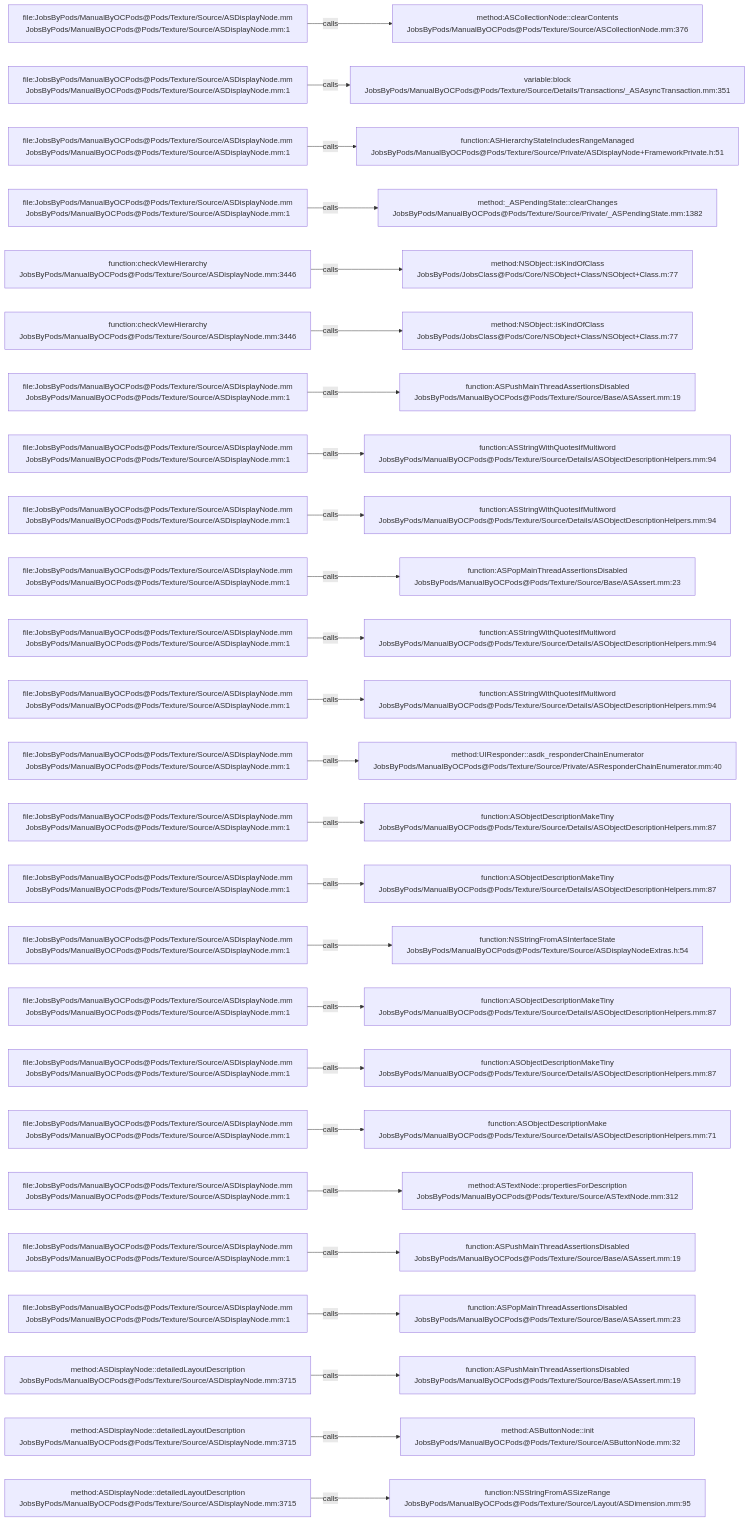
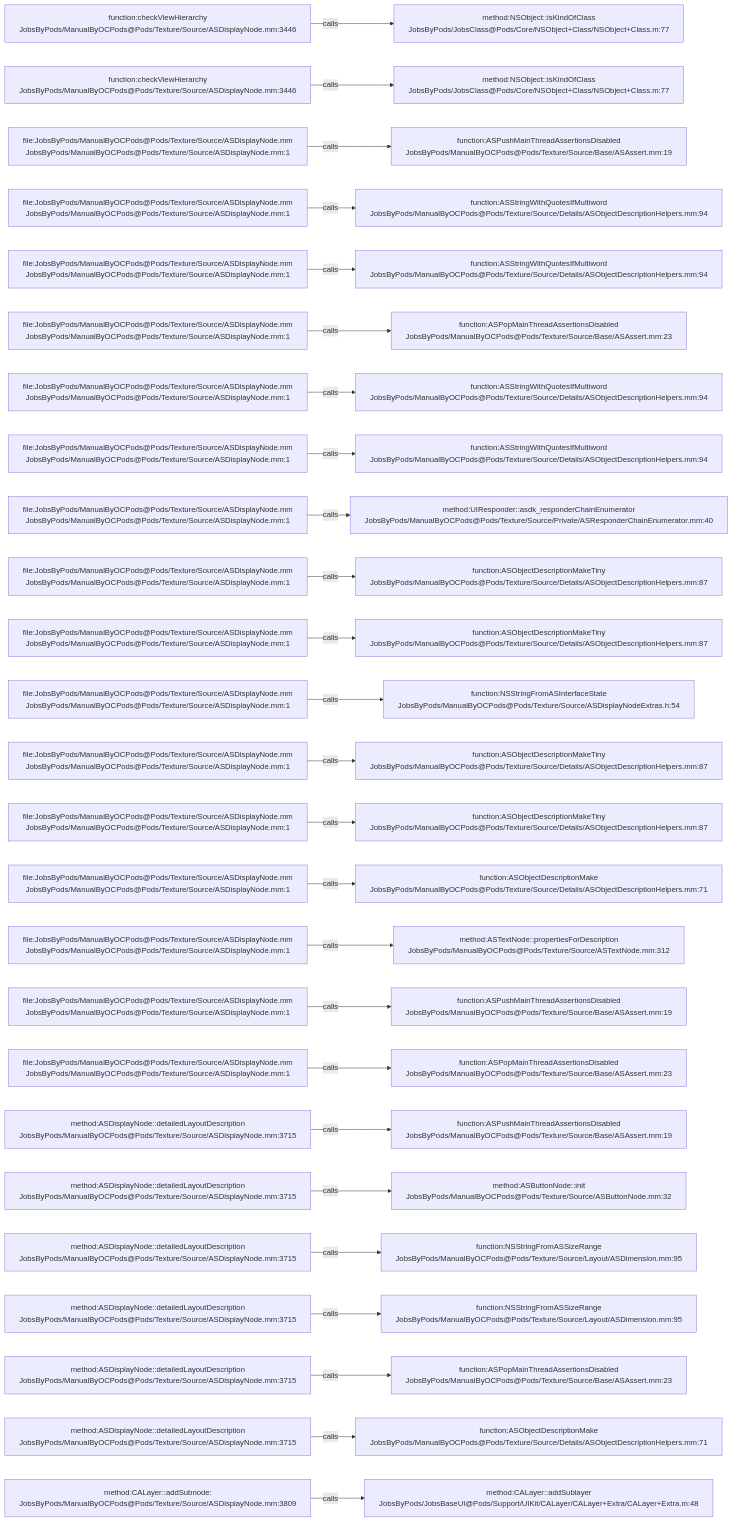
Before and after one commit to JobsKits/JobsOCBaseConfigDemo: the diagram in .codegraph/codegraph.md/graphs/calls-102.md, drawn with Mermaid. The commit also changed 727 other files, not shown here.

````diff
--- a/.codegraph/codegraph.md/graphs/calls-102.md
+++ b/.codegraph/codegraph.md/graphs/calls-102.md
@@ -13,78 +13,78 @@
 ```mermaid
 flowchart LR
-  S1["file:JobsByPods/ManualByOCPods@Pods/Texture/Source/ASDisplayNode.mm<br/>JobsByPods/ManualByOCPods@Pods/Texture/Source/ASDisplayNode.mm:1"]
-  T1["method:ASCollectionNode::clearContents<br/>JobsByPods/ManualByOCPods@Pods/Texture/Source/ASCollectionNode.mm:376"]
+  S1["function:checkViewHierarchy<br/>JobsByPods/ManualByOCPods@Pods/Texture/Source/ASDisplayNode.mm:3446"]
+  T1["method:NSObject::isKindOfClass<br/>JobsByPods/JobsClass@Pods/Core/NSObject+Class/NSObject+Class.m:77"]
   S1 -->|calls| T1
-  S2["file:JobsByPods/ManualByOCPods@Pods/Texture/Source/ASDisplayNode.mm<br/>JobsByPods/ManualByOCPods@Pods/Texture/Source/ASDisplayNode.mm:1"]
-  T2["variable:block<br/>JobsByPods/ManualByOCPods@Pods/Texture/Source/Details/Transactions/_ASAsyncTransaction.mm:351"]
+  S2["function:checkViewHierarchy<br/>JobsByPods/ManualByOCPods@Pods/Texture/Source/ASDisplayNode.mm:3446"]
+  T2["method:NSObject::isKindOfClass<br/>JobsByPods/JobsClass@Pods/Core/NSObject+Class/NSObject+Class.m:77"]
   S2 -->|calls| T2
   S3["file:JobsByPods/ManualByOCPods@Pods/Texture/Source/ASDisplayNode.mm<br/>JobsByPods/ManualByOCPods@Pods/Texture/Source/ASDisplayNode.mm:1"]
-  T3["function:ASHierarchyStateIncludesRangeManaged<br/>JobsByPods/ManualByOCPods@Pods/Texture/Source/Private/ASDisplayNode+FrameworkPrivate.h:51"]
+  T3["function:ASPushMainThreadAssertionsDisabled<br/>JobsByPods/ManualByOCPods@Pods/Texture/Source/Base/ASAssert.mm:19"]
   S3 -->|calls| T3
   S4["file:JobsByPods/ManualByOCPods@Pods/Texture/Source/ASDisplayNode.mm<br/>JobsByPods/ManualByOCPods@Pods/Texture/Source/ASDisplayNode.mm:1"]
-  T4["method:_ASPendingState::clearChanges<br/>JobsByPods/ManualByOCPods@Pods/Texture/Source/Private/_ASPendingState.mm:1382"]
+  T4["function:ASStringWithQuotesIfMultiword<br/>JobsByPods/ManualByOCPods@Pods/Texture/Source/Details/ASObjectDescriptionHelpers.mm:94"]
   S4 -->|calls| T4
-  S5["function:checkViewHierarchy<br/>JobsByPods/ManualByOCPods@Pods/Texture/Source/ASDisplayNode.mm:3446"]
-  T5["method:NSObject::isKindOfClass<br/>JobsByPods/JobsClass@Pods/Core/NSObject+Class/NSObject+Class.m:77"]
+  S5["file:JobsByPods/ManualByOCPods@Pods/Texture/Source/ASDisplayNode.mm<br/>JobsByPods/ManualByOCPods@Pods/Texture/Source/ASDisplayNode.mm:1"]
+  T5["function:ASStringWithQuotesIfMultiword<br/>JobsByPods/ManualByOCPods@Pods/Texture/Source/Details/ASObjectDescriptionHelpers.mm:94"]
   S5 -->|calls| T5
-  S6["function:checkViewHierarchy<br/>JobsByPods/ManualByOCPods@Pods/Texture/Source/ASDisplayNode.mm:3446"]
-  T6["method:NSObject::isKindOfClass<br/>JobsByPods/JobsClass@Pods/Core/NSObject+Class/NSObject+Class.m:77"]
+  S6["file:JobsByPods/ManualByOCPods@Pods/Texture/Source/ASDisplayNode.mm<br/>JobsByPods/ManualByOCPods@Pods/Texture/Source/ASDisplayNode.mm:1"]
+  T6["function:ASPopMainThreadAssertionsDisabled<br/>JobsByPods/ManualByOCPods@Pods/Texture/Source/Base/ASAssert.mm:23"]
   S6 -->|calls| T6
   S7["file:JobsByPods/ManualByOCPods@Pods/Texture/Source/ASDisplayNode.mm<br/>JobsByPods/ManualByOCPods@Pods/Texture/Source/ASDisplayNode.mm:1"]
-  T7["function:ASPushMainThreadAssertionsDisabled<br/>JobsByPods/ManualByOCPods@Pods/Texture/Source/Base/ASAssert.mm:19"]
+  T7["function:ASStringWithQuotesIfMultiword<br/>JobsByPods/ManualByOCPods@Pods/Texture/Source/Details/ASObjectDescriptionHelpers.mm:94"]
   S7 -->|calls| T7
   S8["file:JobsByPods/ManualByOCPods@Pods/Texture/Source/ASDisplayNode.mm<br/>JobsByPods/ManualByOCPods@Pods/Texture/Source/ASDisplayNode.mm:1"]
   T8["function:ASStringWithQuotesIfMultiword<br/>JobsByPods/ManualByOCPods@Pods/Texture/Source/Details/ASObjectDescriptionHelpers.mm:94"]
   S8 -->|calls| T8
   S9["file:JobsByPods/ManualByOCPods@Pods/Texture/Source/ASDisplayNode.mm<br/>JobsByPods/ManualByOCPods@Pods/Texture/Source/ASDisplayNode.mm:1"]
-  T9["function:ASStringWithQuotesIfMultiword<br/>JobsByPods/ManualByOCPods@Pods/Texture/Source/Details/ASObjectDescriptionHelpers.mm:94"]
+  T9["method:UIResponder::asdk_responderChainEnumerator<br/>JobsByPods/ManualByOCPods@Pods/Texture/Source/Private/ASResponderChainEnumerator.mm:40"]
   S9 -->|calls| T9
   S10["file:JobsByPods/ManualByOCPods@Pods/Texture/Source/ASDisplayNode.mm<br/>JobsByPods/ManualByOCPods@Pods/Texture/Source/ASDisplayNode.mm:1"]
-  T10["function:ASPopMainThreadAssertionsDisabled<br/>JobsByPods/ManualByOCPods@Pods/Texture/Source/Base/ASAssert.mm:23"]
+  T10["function:ASObjectDescriptionMakeTiny<br/>JobsByPods/ManualByOCPods@Pods/Texture/Source/Details/ASObjectDescriptionHelpers.mm:87"]
   S10 -->|calls| T10
   S11["file:JobsByPods/ManualByOCPods@Pods/Texture/Source/ASDisplayNode.mm<br/>JobsByPods/ManualByOCPods@Pods/Texture/Source/ASDisplayNode.mm:1"]
-  T11["function:ASStringWithQuotesIfMultiword<br/>JobsByPods/ManualByOCPods@Pods/Texture/Source/Details/ASObjectDescriptionHelpers.mm:94"]
+  T11["function:ASObjectDescriptionMakeTiny<br/>JobsByPods/ManualByOCPods@Pods/Texture/Source/Details/ASObjectDescriptionHelpers.mm:87"]
   S11 -->|calls| T11
   S12["file:JobsByPods/ManualByOCPods@Pods/Texture/Source/ASDisplayNode.mm<br/>JobsByPods/ManualByOCPods@Pods/Texture/Source/ASDisplayNode.mm:1"]
-  T12["function:ASStringWithQuotesIfMultiword<br/>JobsByPods/ManualByOCPods@Pods/Texture/Source/Details/ASObjectDescriptionHelpers.mm:94"]
+  T12["function:NSStringFromASInterfaceState<br/>JobsByPods/ManualByOCPods@Pods/Texture/Source/ASDisplayNodeExtras.h:54"]
   S12 -->|calls| T12
   S13["file:JobsByPods/ManualByOCPods@Pods/Texture/Source/ASDisplayNode.mm<br/>JobsByPods/ManualByOCPods@Pods/Texture/Source/ASDisplayNode.mm:1"]
-  T13["method:UIResponder::asdk_responderChainEnumerator<br/>JobsByPods/ManualByOCPods@Pods/Texture/Source/Private/ASResponderChainEnumerator.mm:40"]
+  T13["function:ASObjectDescriptionMakeTiny<br/>JobsByPods/ManualByOCPods@Pods/Texture/Source/Details/ASObjectDescriptionHelpers.mm:87"]
   S13 -->|calls| T13
   S14["file:JobsByPods/ManualByOCPods@Pods/Texture/Source/ASDisplayNode.mm<br/>JobsByPods/ManualByOCPods@Pods/Texture/Source/ASDisplayNode.mm:1"]
   T14["function:ASObjectDescriptionMakeTiny<br/>JobsByPods/ManualByOCPods@Pods/Texture/Source/Details/ASObjectDescriptionHelpers.mm:87"]
   S14 -->|calls| T14
   S15["file:JobsByPods/ManualByOCPods@Pods/Texture/Source/ASDisplayNode.mm<br/>JobsByPods/ManualByOCPods@Pods/Texture/Source/ASDisplayNode.mm:1"]
-  T15["function:ASObjectDescriptionMakeTiny<br/>JobsByPods/ManualByOCPods@Pods/Texture/Source/Details/ASObjectDescriptionHelpers.mm:87"]
+  T15["function:ASObjectDescriptionMake<br/>JobsByPods/ManualByOCPods@Pods/Texture/Source/Details/ASObjectDescriptionHelpers.mm:71"]
   S15 -->|calls| T15
   S16["file:JobsByPods/ManualByOCPods@Pods/Texture/Source/ASDisplayNode.mm<br/>JobsByPods/ManualByOCPods@Pods/Texture/Source/ASDisplayNode.mm:1"]
-  T16["function:NSStringFromASInterfaceState<br/>JobsByPods/ManualByOCPods@Pods/Texture/Source/ASDisplayNodeExtras.h:54"]
+  T16["method:ASTextNode::propertiesForDescription<br/>JobsByPods/ManualByOCPods@Pods/Texture/Source/ASTextNode.mm:312"]
   S16 -->|calls| T16
   S17["file:JobsByPods/ManualByOCPods@Pods/Texture/Source/ASDisplayNode.mm<br/>JobsByPods/ManualByOCPods@Pods/Texture/Source/ASDisplayNode.mm:1"]
-  T17["function:ASObjectDescriptionMakeTiny<br/>JobsByPods/ManualByOCPods@Pods/Texture/Source/Details/ASObjectDescriptionHelpers.mm:87"]
+  T17["function:ASPushMainThreadAssertionsDisabled<br/>JobsByPods/ManualByOCPods@Pods/Texture/Source/Base/ASAssert.mm:19"]
   S17 -->|calls| T17
   S18["file:JobsByPods/ManualByOCPods@Pods/Texture/Source/ASDisplayNode.mm<br/>JobsByPods/ManualByOCPods@Pods/Texture/Source/ASDisplayNode.mm:1"]
-  T18["function:ASObjectDescriptionMakeTiny<br/>JobsByPods/ManualByOCPods@Pods/Texture/Source/Details/ASObjectDescriptionHelpers.mm:87"]
+  T18["function:ASPopMainThreadAssertionsDisabled<br/>JobsByPods/ManualByOCPods@Pods/Texture/Source/Base/ASAssert.mm:23"]
   S18 -->|calls| T18
-  S19["file:JobsByPods/ManualByOCPods@Pods/Texture/Source/ASDisplayNode.mm<br/>JobsByPods/ManualByOCPods@Pods/Texture/Source/ASDisplayNode.mm:1"]
-  T19["function:ASObjectDescriptionMake<br/>JobsByPods/ManualByOCPods@Pods/Texture/Source/Details/ASObjectDescriptionHelpers.mm:71"]
+  S19["method:ASDisplayNode::detailedLayoutDescription<br/>JobsByPods/ManualByOCPods@Pods/Texture/Source/ASDisplayNode.mm:3715"]
+  T19["function:ASPushMainThreadAssertionsDisabled<br/>JobsByPods/ManualByOCPods@Pods/Texture/Source/Base/ASAssert.mm:19"]
   S19 -->|calls| T19
-  S20["file:JobsByPods/ManualByOCPods@Pods/Texture/Source/ASDisplayNode.mm<br/>JobsByPods/ManualByOCPods@Pods/Texture/Source/ASDisplayNode.mm:1"]
-  T20["method:ASTextNode::propertiesForDescription<br/>JobsByPods/ManualByOCPods@Pods/Texture/Source/ASTextNode.mm:312"]
+  S20["method:ASDisplayNode::detailedLayoutDescription<br/>JobsByPods/ManualByOCPods@Pods/Texture/Source/ASDisplayNode.mm:3715"]
+  T20["method:ASButtonNode::init<br/>JobsByPods/ManualByOCPods@Pods/Texture/Source/ASButtonNode.mm:32"]
   S20 -->|calls| T20
-  S21["file:JobsByPods/ManualByOCPods@Pods/Texture/Source/ASDisplayNode.mm<br/>JobsByPods/ManualByOCPods@Pods/Texture/Source/ASDisplayNode.mm:1"]
-  T21["function:ASPushMainThreadAssertionsDisabled<br/>JobsByPods/ManualByOCPods@Pods/Texture/Source/Base/ASAssert.mm:19"]
+  S21["method:ASDisplayNode::detailedLayoutDescription<br/>JobsByPods/ManualByOCPods@Pods/Texture/Source/ASDisplayNode.mm:3715"]
+  T21["function:NSStringFromASSizeRange<br/>JobsByPods/ManualByOCPods@Pods/Texture/Source/Layout/ASDimension.mm:95"]
   S21 -->|calls| T21
-  S22["file:JobsByPods/ManualByOCPods@Pods/Texture/Source/ASDisplayNode.mm<br/>JobsByPods/ManualByOCPods@Pods/Texture/Source/ASDisplayNode.mm:1"]
-  T22["function:ASPopMainThreadAssertionsDisabled<br/>JobsByPods/ManualByOCPods@Pods/Texture/Source/Base/ASAssert.mm:23"]
+  S22["method:ASDisplayNode::detailedLayoutDescription<br/>JobsByPods/ManualByOCPods@Pods/Texture/Source/ASDisplayNode.mm:3715"]
+  T22["function:NSStringFromASSizeRange<br/>JobsByPods/ManualByOCPods@Pods/Texture/Source/Layout/ASDimension.mm:95"]
   S22 -->|calls| T22
   S23["method:ASDisplayNode::detailedLayoutDescription<br/>JobsByPods/ManualByOCPods@Pods/Texture/Source/ASDisplayNode.mm:3715"]
-  T23["function:ASPushMainThreadAssertionsDisabled<br/>JobsByPods/ManualByOCPods@Pods/Texture/Source/Base/ASAssert.mm:19"]
+  T23["function:ASPopMainThreadAssertionsDisabled<br/>JobsByPods/ManualByOCPods@Pods/Texture/Source/Base/ASAssert.mm:23"]
   S23 -->|calls| T23
   S24["method:ASDisplayNode::detailedLayoutDescription<br/>JobsByPods/ManualByOCPods@Pods/Texture/Source/ASDisplayNode.mm:3715"]
-  T24["method:ASButtonNode::init<br/>JobsByPods/ManualByOCPods@Pods/Texture/Source/ASButtonNode.mm:32"]
+  T24["function:ASObjectDescriptionMake<br/>JobsByPods/ManualByOCPods@Pods/Texture/Source/Details/ASObjectDescriptionHelpers.mm:71"]
   S24 -->|calls| T24
-  S25["method:ASDisplayNode::detailedLayoutDescription<br/>JobsByPods/ManualByOCPods@Pods/Texture/Source/ASDisplayNode.mm:3715"]
-  T25["function:NSStringFromASSizeRange<br/>JobsByPods/ManualByOCPods@Pods/Texture/Source/Layout/ASDimension.mm:95"]
+  S25["method:CALayer::addSubnode:<br/>JobsByPods/ManualByOCPods@Pods/Texture/Source/ASDisplayNode.mm:3809"]
+  T25["method:CALayer::addSublayer<br/>JobsByPods/JobsBaseUI@Pods/Support/UIKit/CALayer/CALayer+Extra/CALayer+Extra.m:48"]
   S25 -->|calls| T25
 ```
````
